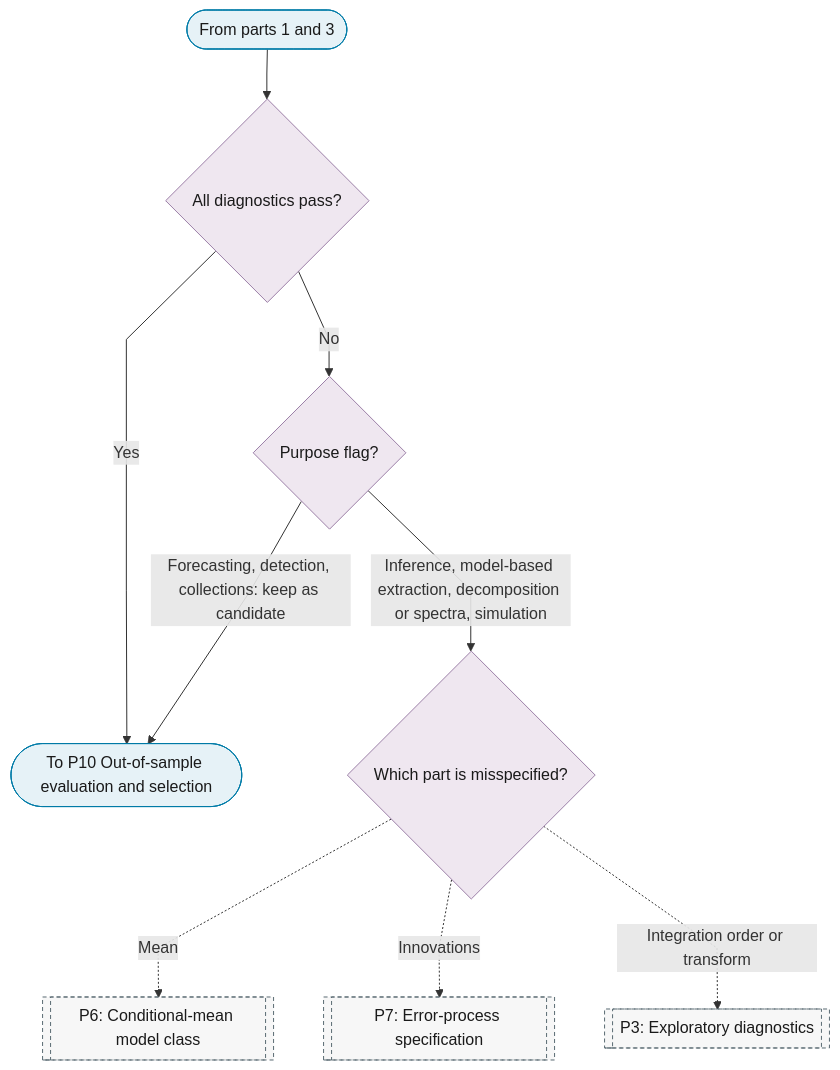
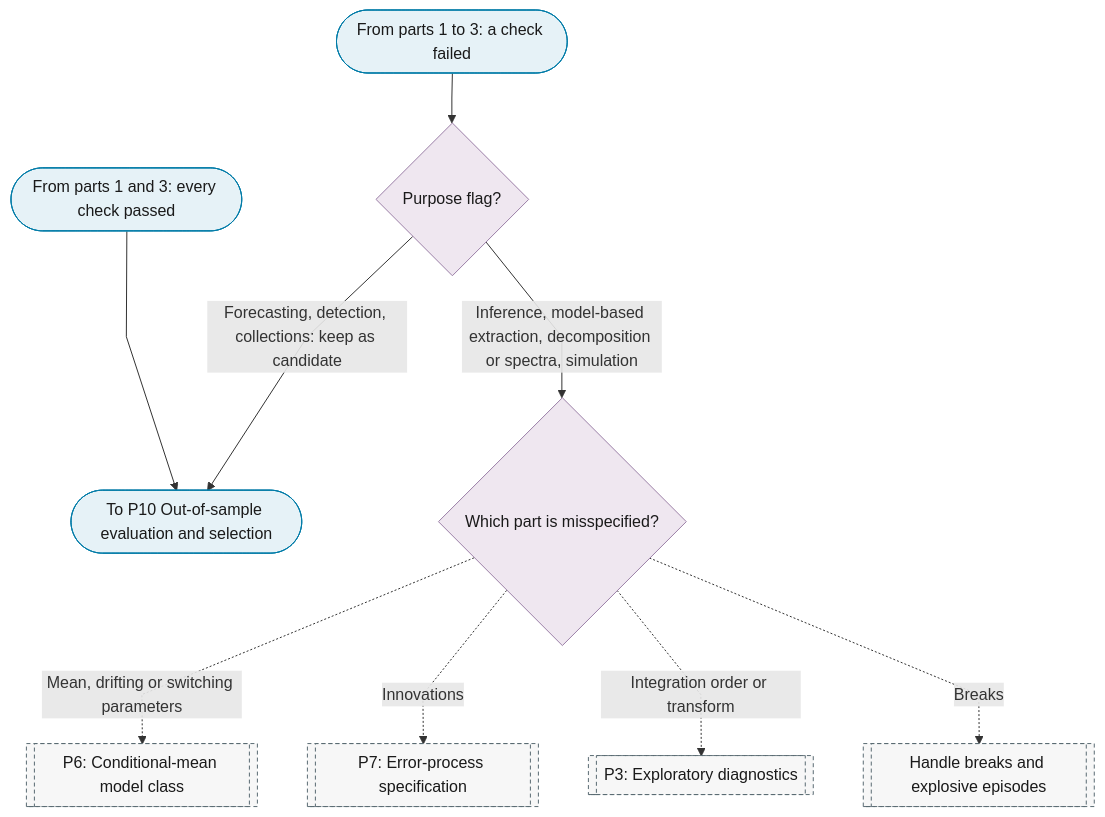
The fourth of 4 diagrams in docs/01-workflow/p09-in-sample-diagnostics.md (Shuxin-Y/time-series-analysis-manual), drawn with Mermaid before and after one commit. The commit also changed other lines of this file and 5 other files, not shown here.

First line of the commit message:
fix(p9,p10): failures reach the purpose gate; evaluation leaks nothing

````diff
--- a/docs/01-workflow/p09-in-sample-diagnostics.md
+++ b/docs/01-workflow/p09-in-sample-diagnostics.md
@@ -129,23 +128,23 @@
 ```mermaid
 %%{init: {"flowchart": {"curve": "linear"}}}%%
 graph TD
-    P9_PART_4_IN(["From parts 1 and 3"]) --> P9_PASS{"All diagnostics pass?"}
-    P9_PASS -->|"Yes"| P9_OUT(["To P10 Out-of-sample evaluation and selection"])
-    P9_PASS -->|"No"| P9_GATE{"Purpose flag?"}
+    P9_PART_4_IN(["From parts 1 and 3: every check passed"]) --> P9_OUT(["To P10 Out-of-sample evaluation and selection"])
+    P9_PART_4_FAIL_IN(["From parts 1 to 3: a check failed"]) --> P9_GATE{"Purpose flag?"}
     P9_GATE -->|"Forecasting, detection, collections: keep as candidate"| P9_OUT
     P9_GATE -->|"Inference, model-based extraction, decomposition or spectra, simulation"| P9_WHERE{"Which part is misspecified?"}
-    P9_WHERE -.->|"Mean"| P6[["P6: Conditional-mean model class"]]
+    P9_WHERE -.->|"Mean, drifting or switching parameters"| P6[["P6: Conditional-mean model class"]]
     P9_WHERE -.->|"Innovations"| P7[["P7: Error-process specification"]]
     P9_WHERE -.->|"Integration order or transform"| P3[["P3: Exploratory diagnostics"]]
-    class P9_PART_4_IN,P9_OUT terminator
-    class P9_PASS,P9_GATE,P9_WHERE decision
-    class P6,P7,P3 ref
+    P9_WHERE -.->|"Breaks"| P4_BREAK_HANDLING[["Handle breaks and explosive episodes"]]
+    class P9_PART_4_IN,P9_PART_4_FAIL_IN,P9_OUT terminator
+    class P9_GATE,P9_WHERE decision
+    class P6,P7,P3,P4_BREAK_HANDLING ref
     classDef terminator fill:#E6F2F7,stroke:#007BA7,color:#1A1A1A;
     classDef process fill:#FFFFFF,stroke:#5A6B73,color:#1A1A1A;
     classDef decision fill:#EFE7F0,stroke:#9B7FA7,color:#1A1A1A;
     classDef data fill:#FFF4E0,stroke:#C9A55E,color:#1A1A1A;
     classDef good fill:#DCEFD8,stroke:#4A7A3F,color:#1A1A1A;
     classDef escalate fill:#FFE9C2,stroke:#C9A55E,color:#1A1A1A;
     classDef problem fill:#F2D9DE,stroke:#800020,color:#1A1A1A;
     classDef ref fill:#F7F7F7,stroke:#5A6B73,color:#1A1A1A,stroke-dasharray:4 3;
 ```
````
